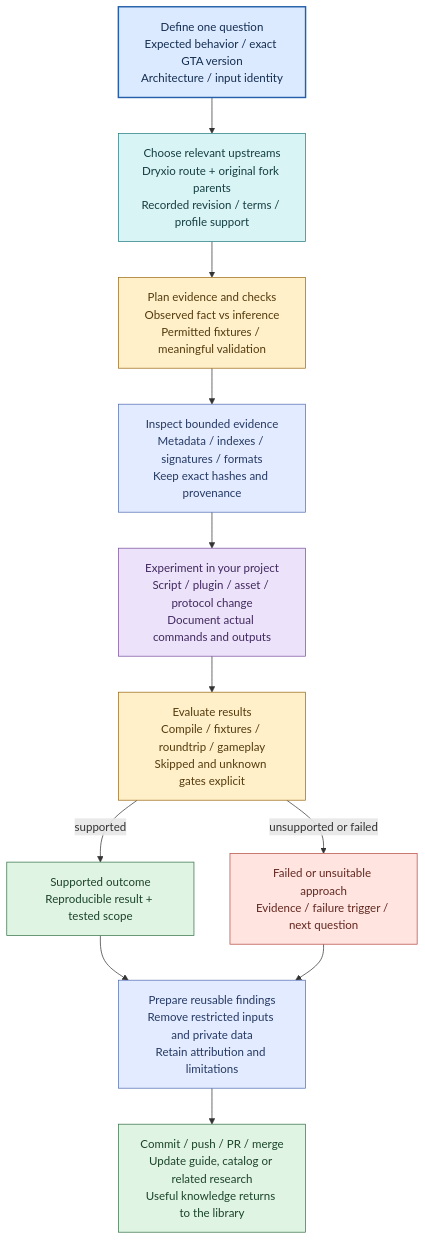
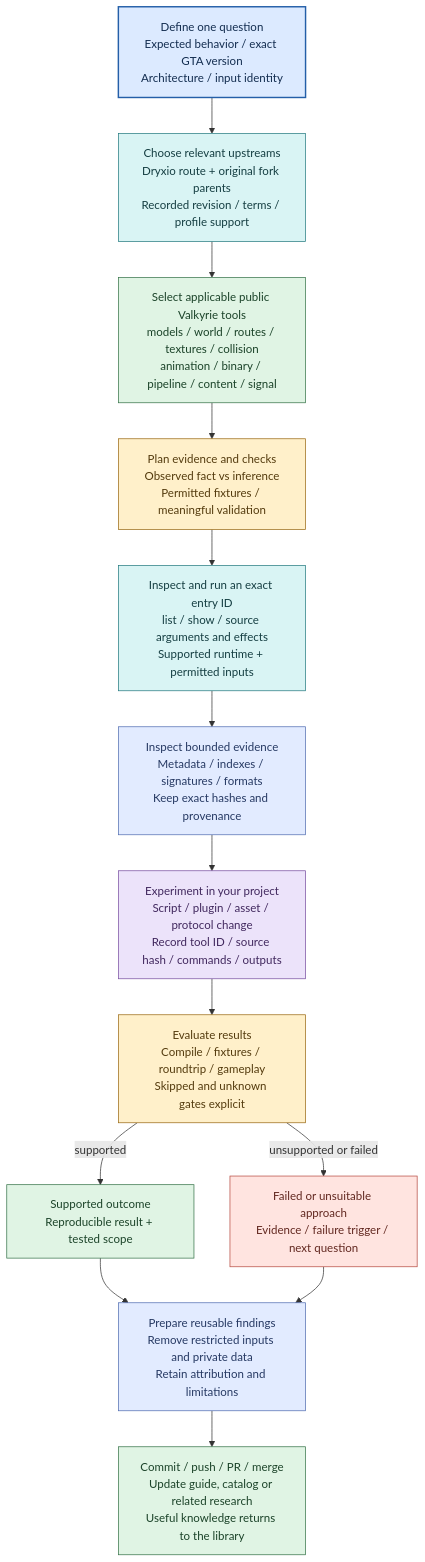
The diagram in docs/workshop/task-flow.mmd (darkcenturies/gta-workshop), drawn with Mermaid before and after one commit. The commit also changed 12 other files, not shown here.

Commit message:
Connect public Valkyrie tools to task workflows and evidence requirements. (#20)

```diff
--- a/docs/workshop/task-flow.mmd
+++ b/docs/workshop/task-flow.mmd
@@ -1,43 +1,49 @@
 flowchart TB
     accTitle: Research and mod-making knowledge flow
     accDescr: Define a question and exact target, select relevant references, inspect evidence, experiment in a separate project, validate and return public knowledge including failed approaches.
     Q["Define one question
 Expected behavior / exact GTA version
 Architecture / input identity"]:::hub
     REF["Choose relevant upstreams
 Dryxio route + original fork parents
 Recorded revision / terms / profile support"]:::reference
+    TOOLS["Select applicable public Valkyrie tools
+models / world / routes / textures / collision
+animation / binary / pipeline / content / signal"]:::public
+    RUN["Inspect and run an exact entry ID
+list / show / source arguments and effects
+Supported runtime + permitted inputs"]:::reference
     PLAN["Plan evidence and checks
 Observed fact vs inference
 Permitted fixtures / meaningful validation"]:::gate
     ANALYZE["Inspect bounded evidence
 Metadata / indexes / signatures / formats
 Keep exact hashes and provenance"]:::evidence
     WORK["Experiment in your project
 Script / plugin / asset / protocol change
-Document actual commands and outputs"]:::project
+Record tool ID / source hash / commands / outputs"]:::project
     CHECK["Evaluate results
 Compile / fixtures / roundtrip / gameplay
 Skipped and unknown gates explicit"]:::gate
     YES["Supported outcome
 Reproducible result + tested scope"]:::public
     NO["Failed or unsuitable approach
 Evidence / failure trigger / next question"]:::excluded
     SAFE["Prepare reusable findings
 Remove restricted inputs and private data
 Retain attribution and limitations"]:::evidence
     MERGE["Commit / push / PR / merge
 Update guide, catalog or related research
 Useful knowledge returns to the library"]:::public
-    Q --> REF --> PLAN --> ANALYZE --> WORK --> CHECK
+    Q --> REF --> TOOLS --> PLAN --> RUN --> ANALYZE --> WORK --> CHECK
     CHECK -->|supported| YES
     CHECK -->|unsupported or failed| NO
     YES & NO --> SAFE --> MERGE
 
     classDef hub fill:#dceaff,stroke:#245fa8,color:#132d50,stroke-width:2px;
     classDef reference fill:#d9f4f4,stroke:#267b80,color:#153e42;
     classDef gate fill:#fff0ca,stroke:#9a6a16,color:#543b0e;
     classDef evidence fill:#e2ebff,stroke:#526eb1,color:#263963;
     classDef public fill:#e0f4e4,stroke:#367349,color:#1b4329;
     classDef project fill:#ece3fa,stroke:#7950a1,color:#41285e;
     classDef excluded fill:#ffe4e0,stroke:#b64c41,color:#622820;
```
